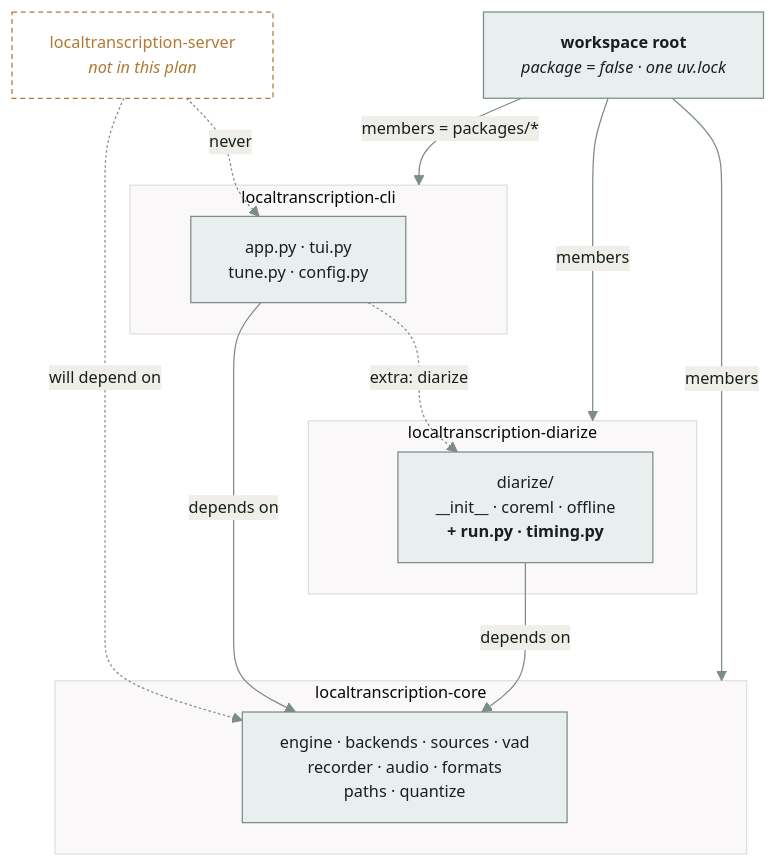
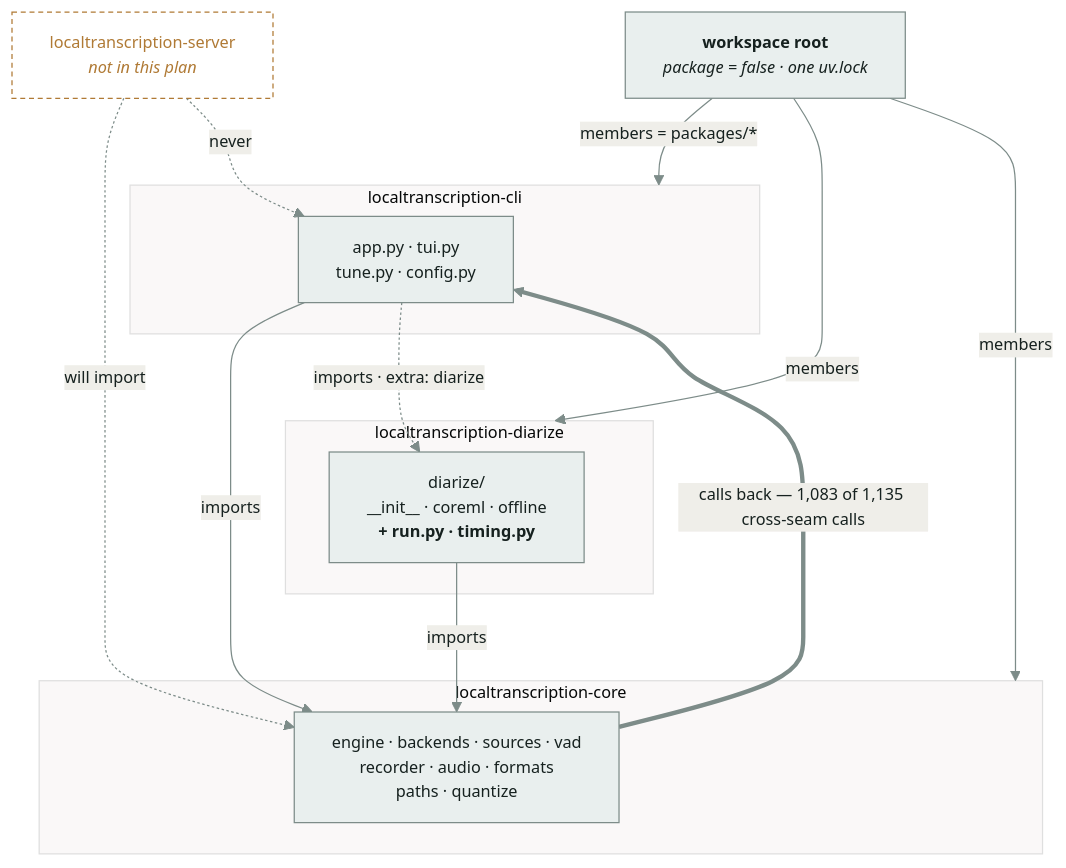
One commit to apostolos-geyer/mouth changed the first of 2 diagrams in docs/plans/2026-08-21-uv-workspace.md. Above: the diagram before and after it, drawn with Mermaid. The commit also changed other lines of this file and 3 other files, not shown here.

````diff
--- a/docs/plans/2026-08-21-uv-workspace.md
+++ b/docs/plans/2026-08-21-uv-workspace.md
@@ -72,31 +82,32 @@
 ```mermaid
 %%{init: {"theme":"base","themeVariables":{"primaryColor":"#e9efee","primaryTextColor":"#16211f","primaryBorderColor":"#7d8c89","lineColor":"#7d8c89","fontFamily":"IBM Plex Mono, ui-monospace, monospace","fontSize":"13px"}}}%%
 graph TD
     root["<b>workspace root</b><br/><i>package = false · one uv.lock</i>"]
 
     subgraph cliPkg["localtranscription-cli"]
       app["app.py · tui.py<br/>tune.py · config.py"]
     end
 
     subgraph diaPkg["localtranscription-diarize"]
       dia["diarize/<br/>__init__ · coreml · offline<br/><b>+ run.py · timing.py</b>"]
     end
 
     subgraph corePkg["localtranscription-core"]
       core["engine · backends · sources · vad<br/>recorder · audio · formats<br/>paths · quantize"]
     end
 
     future["localtranscription-server<br/><i>not in this plan</i>"]
 
     root -->|"members = packages/*"| cliPkg
     root -->|"members"| diaPkg
     root -->|"members"| corePkg
-    app -->|"depends on"| core
-    app -.->|"extra: diarize"| dia
-    dia -->|"depends on"| core
-    future -.->|"will depend on"| core
+    app -->|"imports"| core
+    app -.->|"imports · extra: diarize"| dia
+    dia -->|"imports"| core
+    core ==>|"calls back — 1,083 of 1,135 cross-seam calls"| app
+    future -.->|"will import"| core
     future -.->|"never"| app
 
     classDef ghost fill:none,stroke:#b07a35,stroke-dasharray:4 3,color:#b07a35;
     class future ghost;
 ```
````
